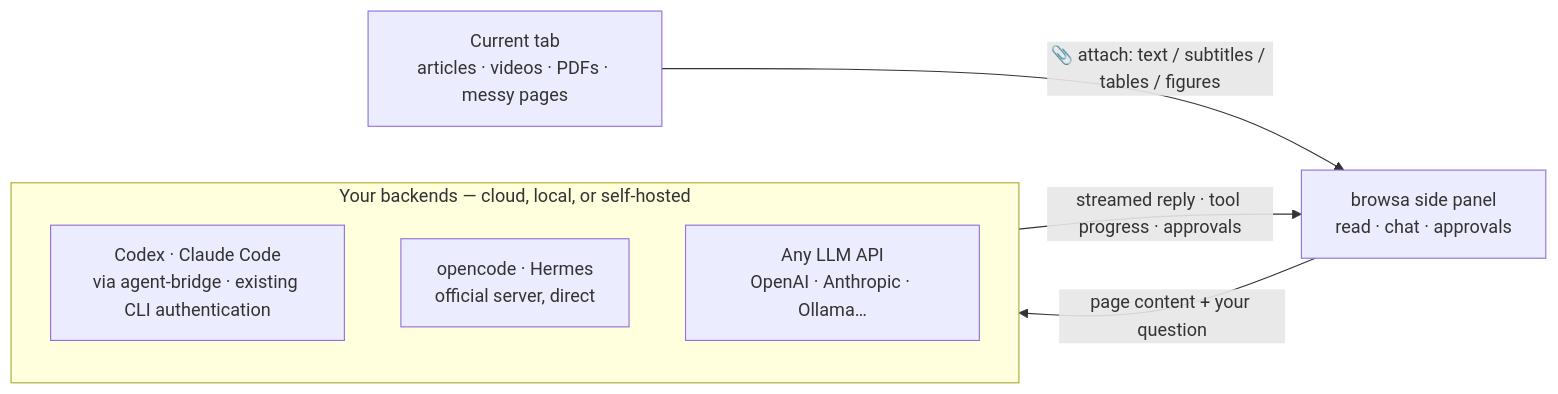
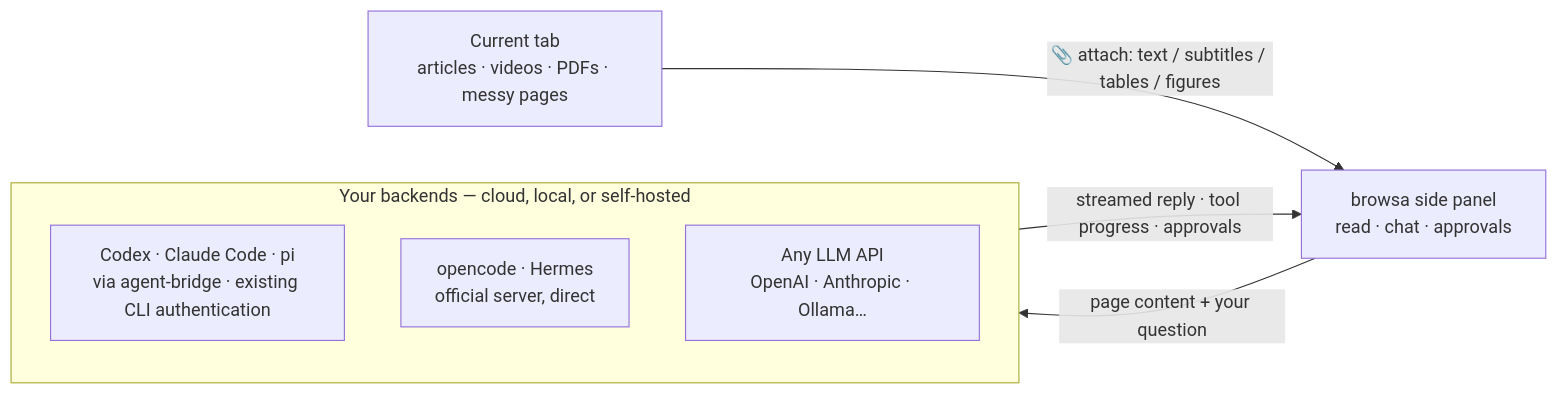
Before and after one commit to xiaohuzai/browsa: the diagram in README.md, drawn with Mermaid. The commit also changed other lines of this file and 20 other files, not shown here.

First line of the commit message:
Dev: Agent Bridge 桥接 pi——标签/README/官网/截图全链路同步 (#134)

````diff
--- a/README.md
+++ b/README.md
@@ -51,13 +52,13 @@
 ```mermaid
 flowchart LR
     P["Current tab<br/>articles · videos · PDFs · messy pages"]
     B["browsa side panel<br/>read · chat · approvals"]
     subgraph Y["Your backends — cloud, local, or self-hosted"]
-        A1["Codex · Claude Code<br/>via agent-bridge · existing CLI authentication"]
+        A1["Codex · Claude Code · pi<br/>via agent-bridge · existing CLI authentication"]
         A2["opencode · Hermes<br/>official server, direct"]
         A3["Any LLM API<br/>OpenAI · Anthropic · Ollama…"]
     end
     P -->|"📎 attach: text / subtitles / tables / figures"| B
     B -->|"page content + your question"| Y
     Y -->|"streamed reply · tool progress · approvals"| B
 ```
````
